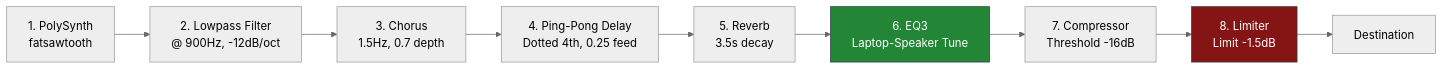
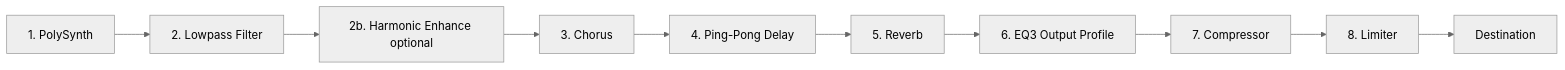
Before and after one commit to trevritchie/Movemental: the second of 2 diagrams in web/README.md, drawn with Mermaid (neutral theme). The commit also changed other lines of this file and 19 other files, not shown here.

````diff
--- a/web/README.md
+++ b/web/README.md
@@ -207,14 +207,12 @@
 ```mermaid
 graph LR
-    Synth[1. PolySynth <br> fatsawtooth] --> Filter[2. Lowpass Filter <br> @ 900Hz, -12dB/oct]
-    Filter --> Chorus[3. Chorus <br> 1.5Hz, 0.7 depth]
-    Chorus --> Delay[4. Ping-Pong Delay <br> Dotted 4th, 0.25 feed]
-    Delay --> Reverb[5. Reverb <br> 3.5s decay]
-    Reverb --> EQ3[6. EQ3 <br> Laptop-Speaker Tune]
-    EQ3 --> Compressor[7. Compressor <br> Threshold -16dB]
-    Compressor --> Limiter[8. Limiter <br> Limit -1.5dB]
+    Synth[1. PolySynth] --> Filter[2. Lowpass Filter]
+    Filter --> Harmonic[2b. Harmonic Enhance optional]
+    Harmonic --> Chorus[3. Chorus]
+    Chorus --> Delay[4. Ping-Pong Delay]
+    Delay --> Reverb[5. Reverb]
+    Reverb --> EQ3[6. EQ3 Output Profile]
+    EQ3 --> Compressor[7. Compressor]
+    Compressor --> Limiter[8. Limiter]
     Limiter --> Output[Destination]
-    
-    style EQ3 fill:#238636,stroke:#30363d,color:#ffffff
-    style Limiter fill:#851414,stroke:#30363d,color:#ffffff
 ```
````
